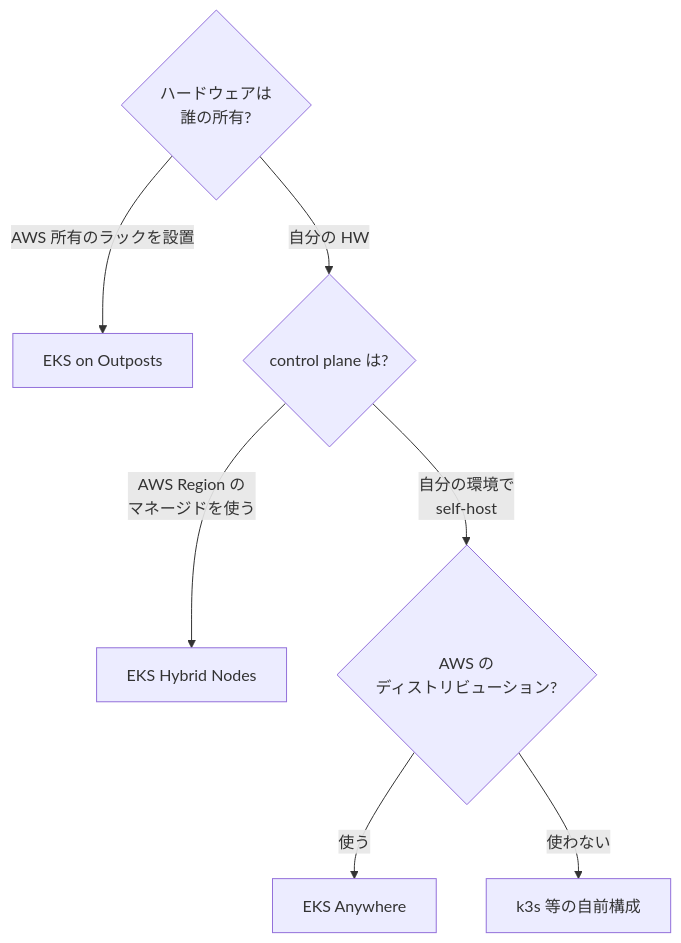
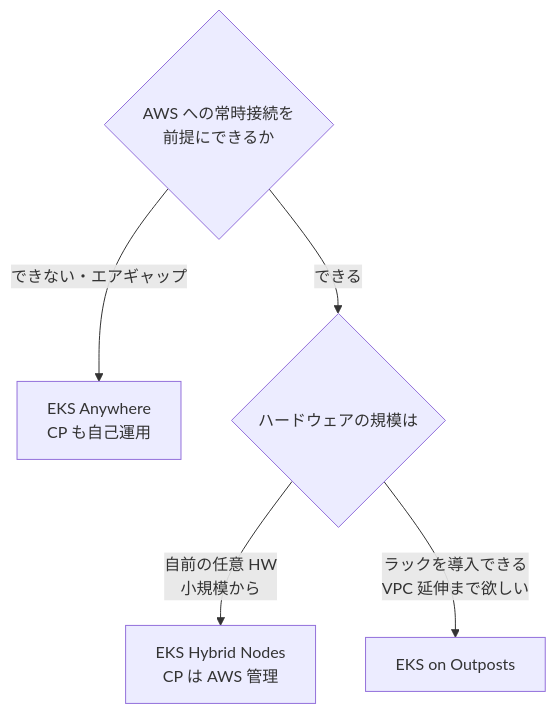
One commit to shinichitazawa/zenn-articles changed the diagram in articles/002-hybrid-vs-outposts-vs-anywhere.md. Above: the diagram before and after it, drawn with Mermaid. The commit also changed other lines of this file and 12 other files, not shown here.

````diff
--- a/articles/002-hybrid-vs-outposts-vs-anywhere.md
+++ b/articles/002-hybrid-vs-outposts-vs-anywhere.md
@@ -28,10 +50,8 @@
 ```mermaid
 flowchart TB
-  Q1{"ハードウェアは<br/>誰の所有?"}
-  Q1 -->|"AWS 所有のラックを設置"| OP["EKS on Outposts"]
-  Q1 -->|"自分の HW"| Q2{"control plane は?"}
-  Q2 -->|"AWS Region の<br/>マネージドを使う"| HN["EKS Hybrid Nodes"]
-  Q2 -->|"自分の環境で<br/>self-host"| Q3{"AWS の<br/>ディストリビューション?"}
-  Q3 -->|"使う"| EA["EKS Anywhere"]
-  Q3 -->|"使わない"| K3S["k3s 等の自前構成"]
+  Q1{AWS への常時接続を<br/>前提にできるか}
+  Q1 -->|できない・エアギャップ| ANY[EKS Anywhere<br/>CP も自己運用]
+  Q1 -->|できる| Q2{ハードウェアの規模は}
+  Q2 -->|自前の任意 HW<br/>小規模から| HN[EKS Hybrid Nodes<br/>CP は AWS 管理]
+  Q2 -->|ラックを導入できる<br/>VPC 延伸まで欲しい| OP[EKS on Outposts]
 ```
````
